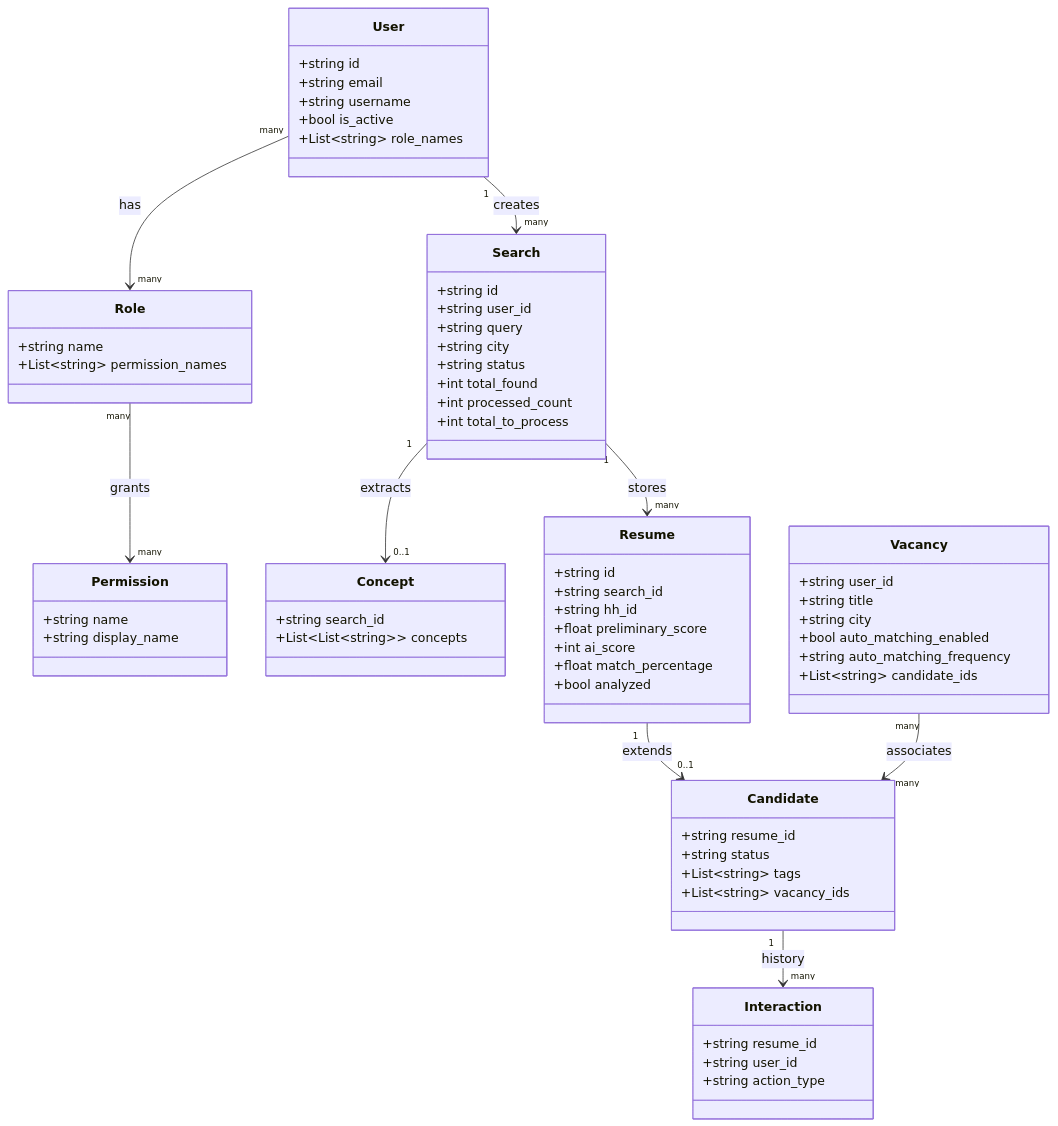
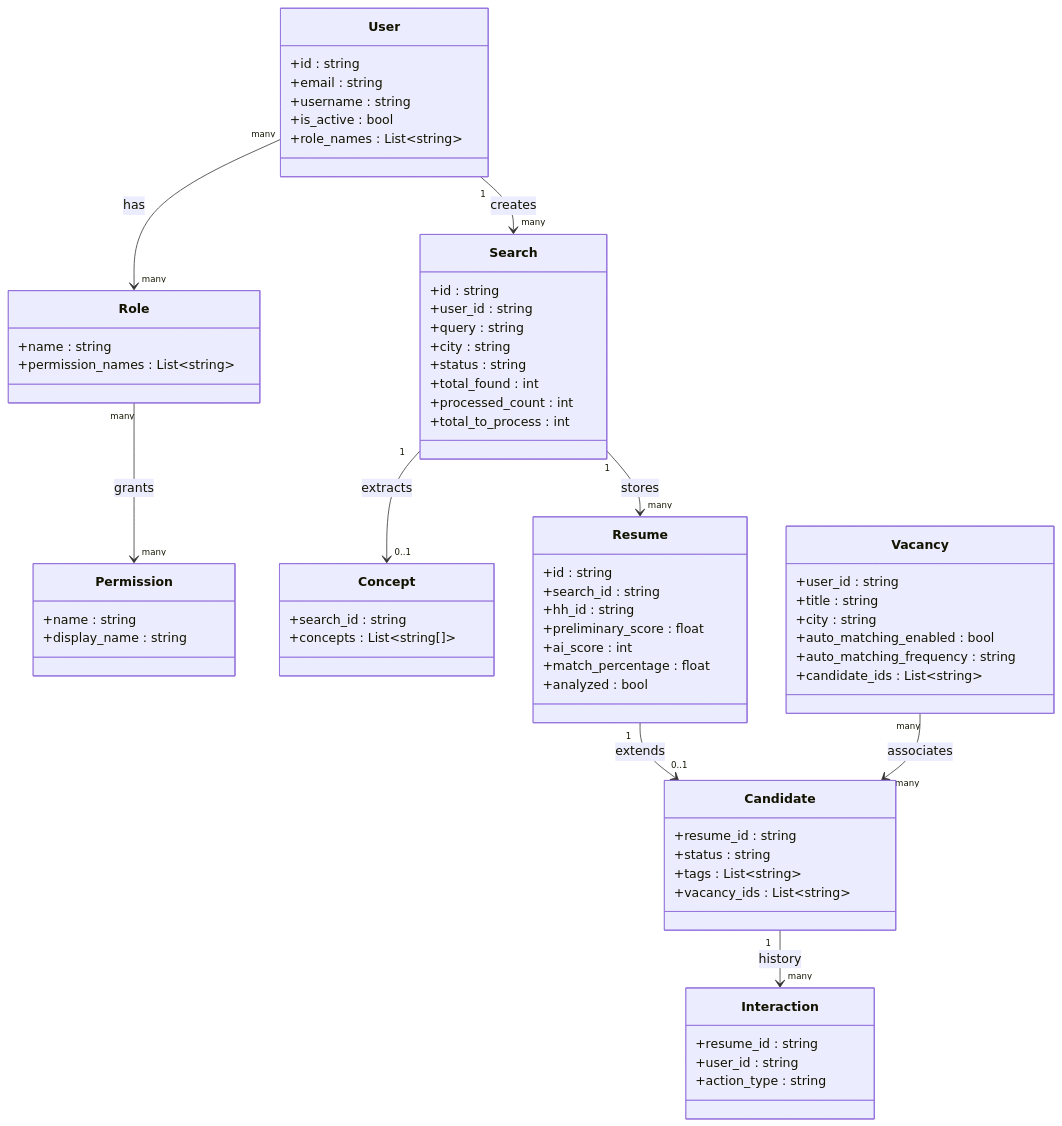
The third of 3 diagrams in README.md (olegvagin57-lab/Ai_HH), drawn with Mermaid before and after one commit. The commit also changed other lines of this file and 1 other file, not shown here.

Commit message:
chore: remove Hugging Face client and external AI references

````diff
--- a/README.md
+++ b/README.md
@@ -138,70 +138,70 @@
 ```mermaid
 classDiagram
   class User {
-    +string id
-    +string email
-    +string username
-    +bool is_active
-    +List~string~ role_names
+    +id : string
+    +email : string
+    +username : string
+    +is_active : bool
+    +role_names : List~string~
   }
   class Role {
-    +string name
-    +List~string~ permission_names
+    +name : string
+    +permission_names : List~string~
   }
   class Permission {
-    +string name
-    +string display_name
+    +name : string
+    +display_name : string
   }
 
   class Search {
-    +string id
-    +string user_id
-    +string query
-    +string city
-    +string status
-    +int total_found
-    +int processed_count
-    +int total_to_process
+    +id : string
+    +user_id : string
+    +query : string
+    +city : string
+    +status : string
+    +total_found : int
+    +processed_count : int
+    +total_to_process : int
   }
   class Concept {
-    +string search_id
-    +List~List~string~~ concepts
+    +search_id : string
+    +concepts : List~string[]~
   }
   class Resume {
-    +string id
-    +string search_id
-    +string hh_id
-    +float preliminary_score
-    +int ai_score
-    +float match_percentage
-    +bool analyzed
+    +id : string
+    +search_id : string
+    +hh_id : string
+    +preliminary_score : float
+    +ai_score : int
+    +match_percentage : float
+    +analyzed : bool
   }
   class Candidate {
-    +string resume_id
-    +string status
-    +List~string~ tags
-    +List~string~ vacancy_ids
+    +resume_id : string
+    +status : string
+    +tags : List~string~
+    +vacancy_ids : List~string~
   }
   class Vacancy {
-    +string user_id
-    +string title
-    +string city
-    +bool auto_matching_enabled
-    +string auto_matching_frequency
-    +List~string~ candidate_ids
+    +user_id : string
+    +title : string
+    +city : string
+    +auto_matching_enabled : bool
+    +auto_matching_frequency : string
+    +candidate_ids : List~string~
   }
   class Interaction {
-    +string resume_id
-    +string user_id
-    +string action_type
+    +resume_id : string
+    +user_id : string
+    +action_type : string
   }
 
   User "1" --> "many" Search : creates
   Search "1" --> "many" Resume : stores
   Search "1" --> "0..1" Concept : extracts
   Resume "1" --> "0..1" Candidate : extends
   Vacancy "many" --> "many" Candidate : associates
   Candidate "1" --> "many" Interaction : history
   User "many" --> "many" Role : has
   Role "many" --> "many" Permission : grants
 ```
````
